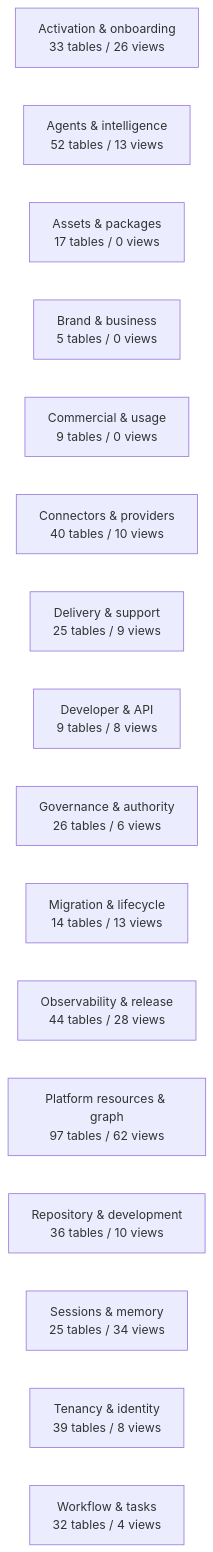
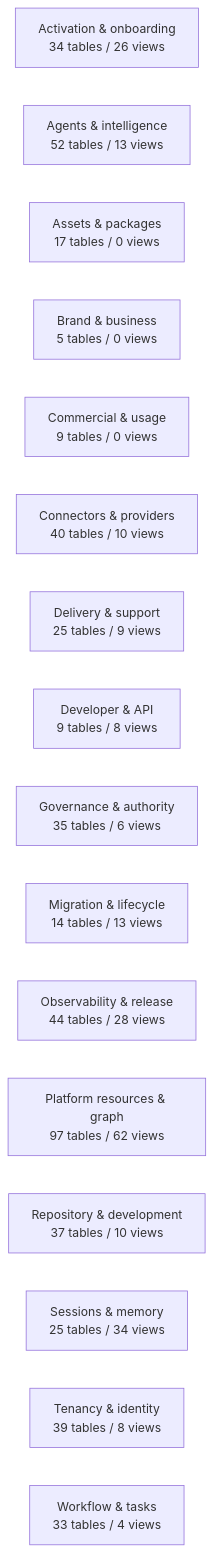
Before and after one commit to mad4bdigital-ai/multi-business-multi-role-growth-intelligence-os: the diagram in docs/work-maps/data-model-domain-map.md, drawn with Mermaid. The commit also changed other lines of this file and 9 other files, not shown here.

````diff
--- a/docs/work-maps/data-model-domain-map.md
+++ b/docs/work-maps/data-model-domain-map.md
@@ -9,19 +9,19 @@
 ```mermaid
 flowchart LR
-  n_Activation___onboarding["Activation & onboarding<br/>33 tables / 26 views"]
+  n_Activation___onboarding["Activation & onboarding<br/>34 tables / 26 views"]
   n_Agents___intelligence["Agents & intelligence<br/>52 tables / 13 views"]
   n_Assets___packages["Assets & packages<br/>17 tables / 0 views"]
   n_Brand___business["Brand & business<br/>5 tables / 0 views"]
   n_Commercial___usage["Commercial & usage<br/>9 tables / 0 views"]
   n_Connectors___providers["Connectors & providers<br/>40 tables / 10 views"]
   n_Delivery___support["Delivery & support<br/>25 tables / 9 views"]
   n_Developer___API["Developer & API<br/>9 tables / 8 views"]
-  n_Governance___authority["Governance & authority<br/>26 tables / 6 views"]
+  n_Governance___authority["Governance & authority<br/>35 tables / 6 views"]
   n_Migration___lifecycle["Migration & lifecycle<br/>14 tables / 13 views"]
   n_Observability___release["Observability & release<br/>44 tables / 28 views"]
   n_Platform_resources___graph["Platform resources & graph<br/>97 tables / 62 views"]
-  n_Repository___development["Repository & development<br/>36 tables / 10 views"]
+  n_Repository___development["Repository & development<br/>37 tables / 10 views"]
   n_Sessions___memory["Sessions & memory<br/>25 tables / 34 views"]
   n_Tenancy___identity["Tenancy & identity<br/>39 tables / 8 views"]
-  n_Workflow___tasks["Workflow & tasks<br/>32 tables / 4 views"]
+  n_Workflow___tasks["Workflow & tasks<br/>33 tables / 4 views"]
 ```
````
